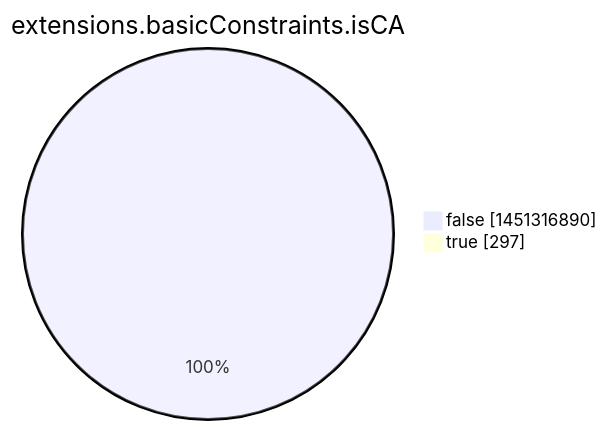
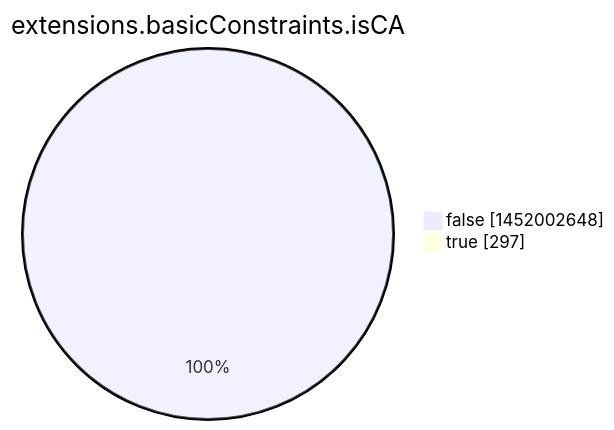
Before and after one commit to christiankrug/ctmonitor_visualization: the eighth of 15 diagrams in argon2022/README.md, drawn with Mermaid. The commit also changed other lines of this file, not shown here.

````diff
--- a/argon2022/README.md
+++ b/argon2022/README.md
@@ -2760,6 +2760,6 @@
 ```mermaid
 pie showData
 title extensions.basicConstraints.isCA
-"false" :1451316890
+"false" :1452002648
 "true" :297
 ```
````
